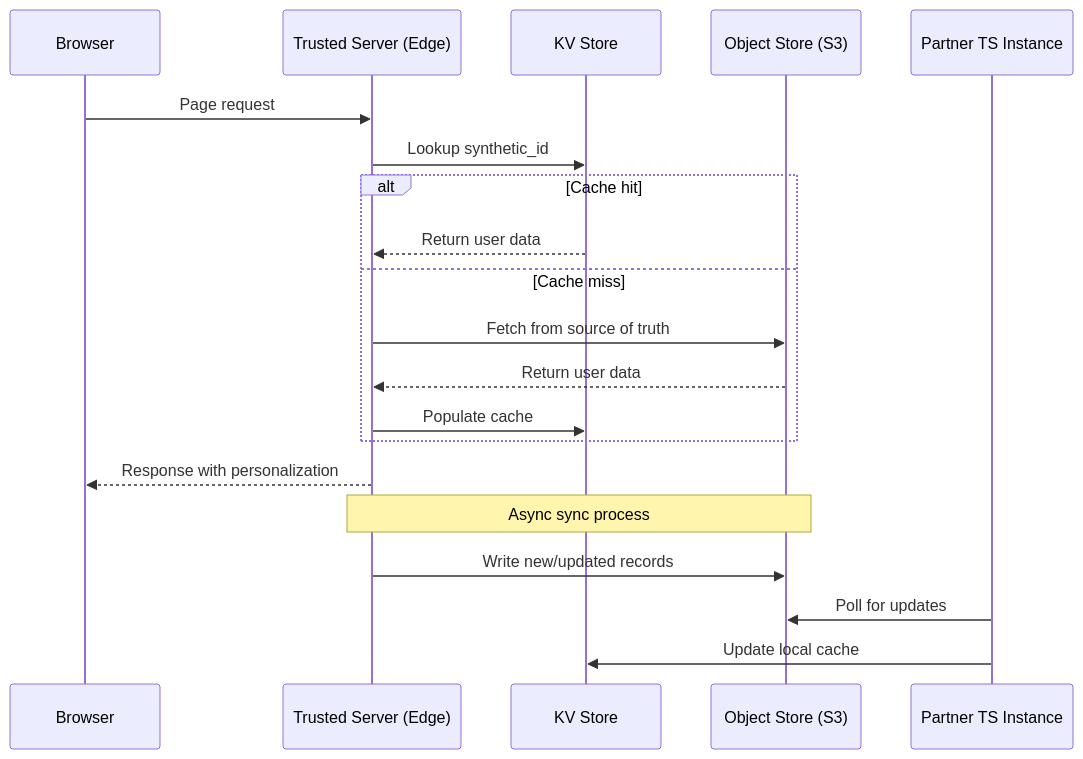
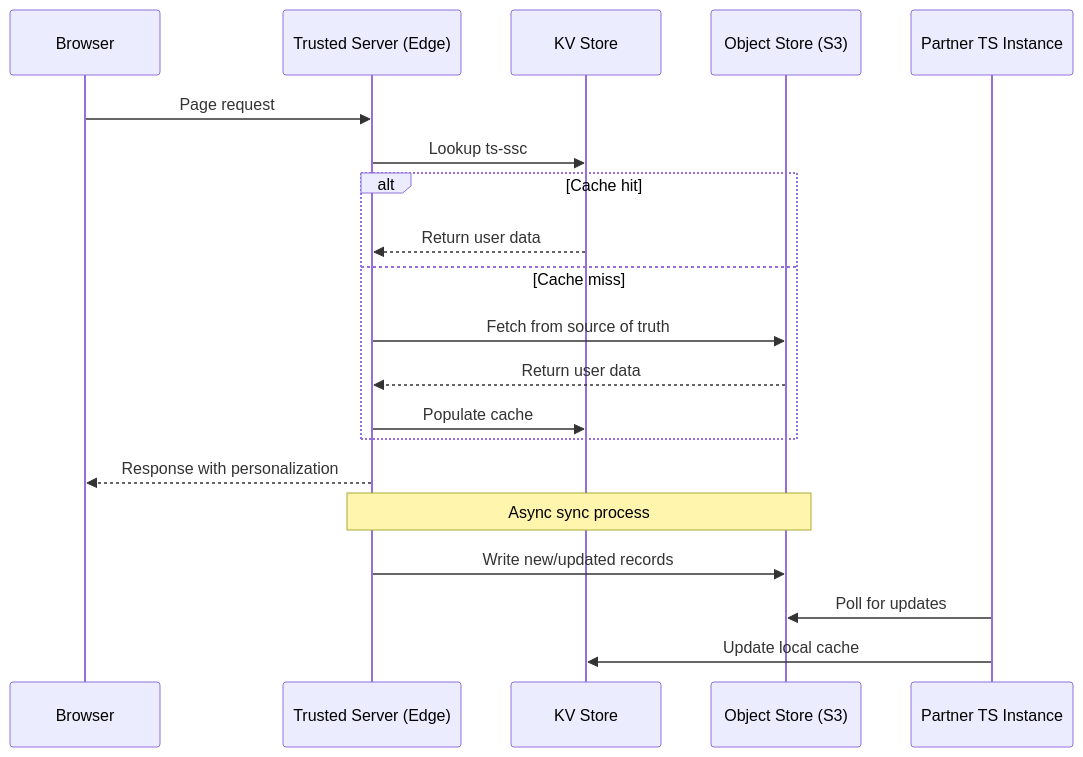
Before and after one commit to IABTechLab/trusted-server: the diagram in docs/guide/collective-sync.md, drawn with Mermaid. The commit also changed other lines of this file and 52 other files, not shown here.

First line of the commit message:
Rename Synthetic ID to Server Side Cookie (SSC) and simplify generation

````diff
--- a/docs/guide/collective-sync.md
+++ b/docs/guide/collective-sync.md
@@ -7,24 +7,24 @@
 ```mermaid
 sequenceDiagram
     participant Browser
     participant TS as Trusted Server (Edge)
     participant KV as KV Store
     participant Obj as Object Store (S3)
     participant Partner as Partner TS Instance
 
     Browser->>TS: Page request
-    TS->>KV: Lookup synthetic_id
+    TS->>KV: Lookup ts-ssc
     alt Cache hit
         KV-->>TS: Return user data
     else Cache miss
         TS->>Obj: Fetch from source of truth
         Obj-->>TS: Return user data
         TS->>KV: Populate cache
     end
     TS-->>Browser: Response with personalization
 
     Note over TS,Obj: Async sync process
     TS->>Obj: Write new/updated records
     Partner->>Obj: Poll for updates
     Partner->>KV: Update local cache
 ```
````
